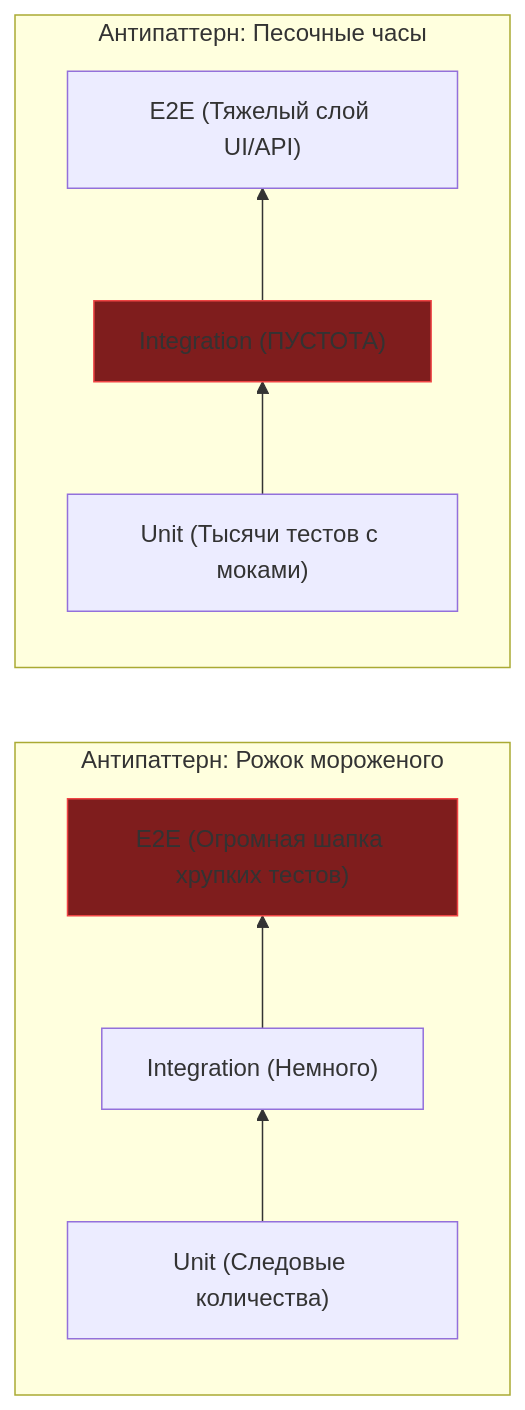
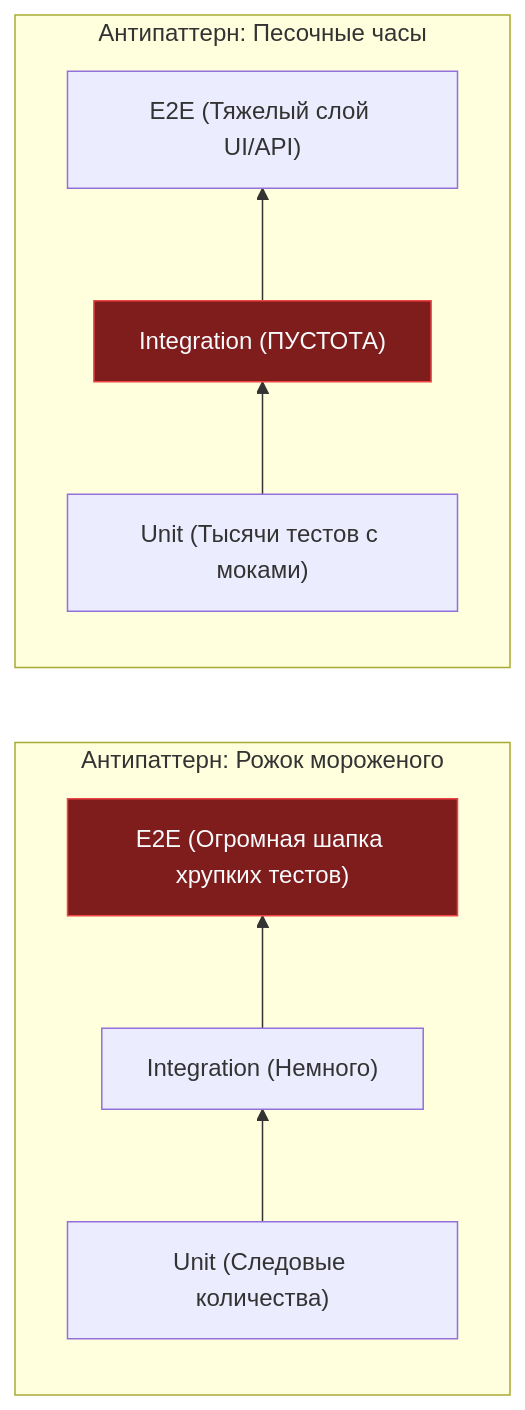
Before and after one commit to UnrealTemplier/go-textbook: the third of 3 diagrams in sources/15. Тестирование в Go (QA & Testing)/01. Фундамент/3. Пирамида тестирования.md, drawn with Mermaid. The commit also changed other lines of this file and 310 other files, not shown here.

First line of the commit message:
fix(mermaid): replace light fill colors with dark palette for readability on dark theme

````diff
--- a/sources/15. Тестирование в Go (QA & Testing)/01. Фундамент/3. Пирамида тестирования.md
+++ b/sources/15. Тестирование в Go (QA & Testing)/01. Фундамент/3. Пирамида тестирования.md
@@ -90,17 +90,17 @@
 ```mermaid
 flowchart LR
     subgraph Cone["Антипаттерн: Рожок мороженого"]
         direction BT
         C_Unit["Unit (Следовые количества)"] --> C_Integ["Integration (Немного)"]
         C_Integ --> C_E2E["E2E (Огромная шапка хрупких тестов)"]
     end
 
     subgraph Hourglass["Антипаттерн: Песочные часы"]
         direction BT
         H_Unit["Unit (Тысячи тестов с моками)"] --> H_Integ["Integration (ПУСТОТА)"]
         H_Integ --> H_E2E["E2E (Тяжелый слой UI/API)"]
     end
     
-    style C_E2E fill:#7f1d1d,stroke:#ef4444
-    style H_Integ fill:#7f1d1d,stroke:#ef4444
+    style C_E2E fill:#7f1d1d,stroke:#ef4444,color:#f8fafc
+    style H_Integ fill:#7f1d1d,stroke:#ef4444,color:#f8fafc
 ```
````
